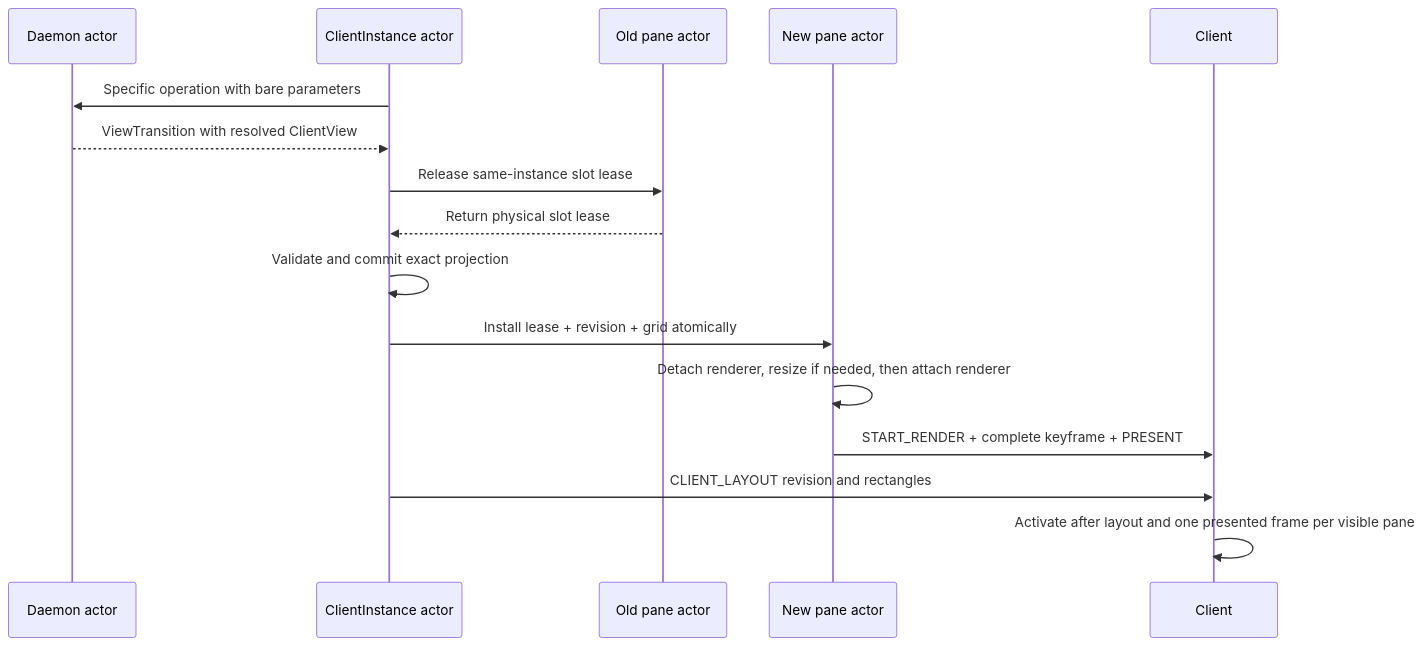
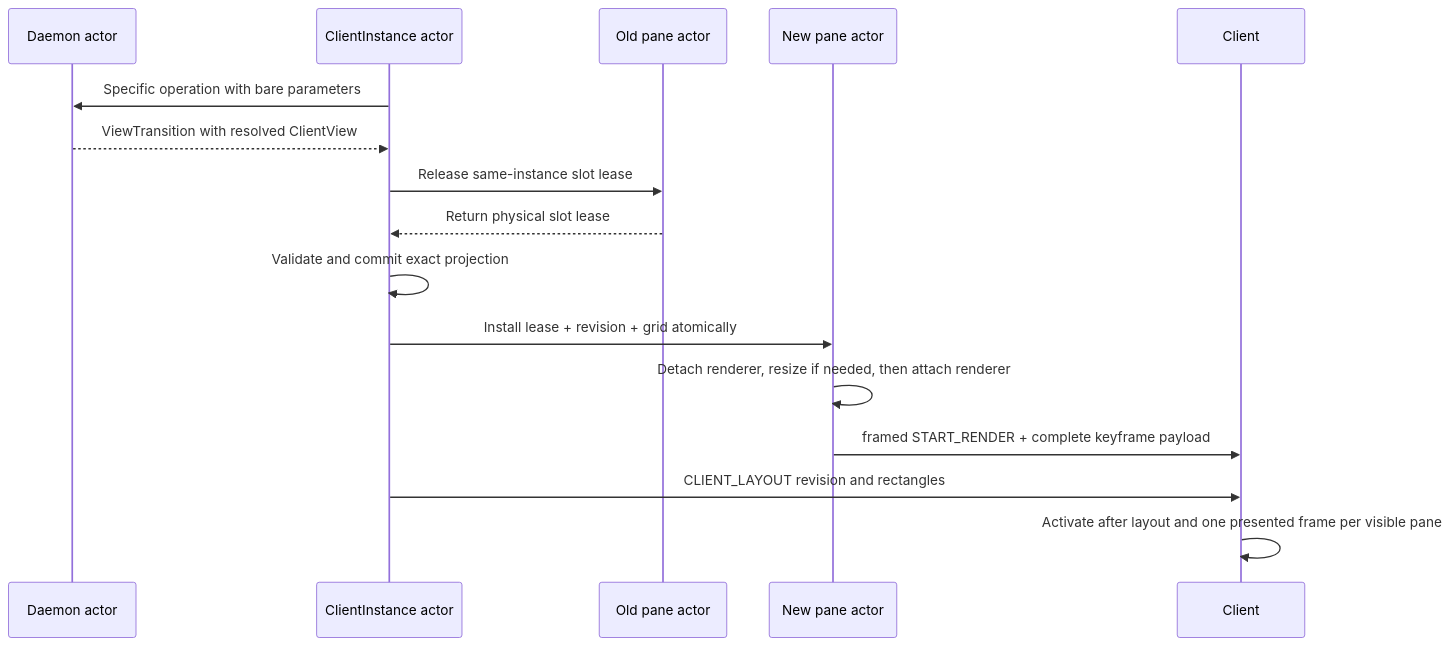
One commit to garindra/meja changed the seventh of 9 diagrams in ARCHITECTURE.md. Above: the diagram before and after it, drawn with Mermaid. The commit also changed other lines of this file and 26 other files, not shown here.

````diff
--- a/ARCHITECTURE.md
+++ b/ARCHITECTURE.md
@@ -1072,19 +1115,19 @@
 ```mermaid
 sequenceDiagram
     participant D as Daemon actor
     participant S as ClientInstance actor
     participant O as Old pane actor
     participant N as New pane actor
     participant C as Client
 
     S->>D: Specific operation with bare parameters
     D-->>S: ViewTransition with resolved ClientView
     S->>O: Release same-instance slot lease
     O-->>S: Return physical slot lease
     S->>S: Validate and commit exact projection
     S->>N: Install lease + revision + grid atomically
     N->>N: Detach renderer, resize if needed, then attach renderer
-    N->>C: START_RENDER + complete keyframe + PRESENT
+    N->>C: framed START_RENDER + complete keyframe payload
     S->>C: CLIENT_LAYOUT revision and rectangles
     C->>C: Activate after layout and one presented frame per visible pane
 ```
````
